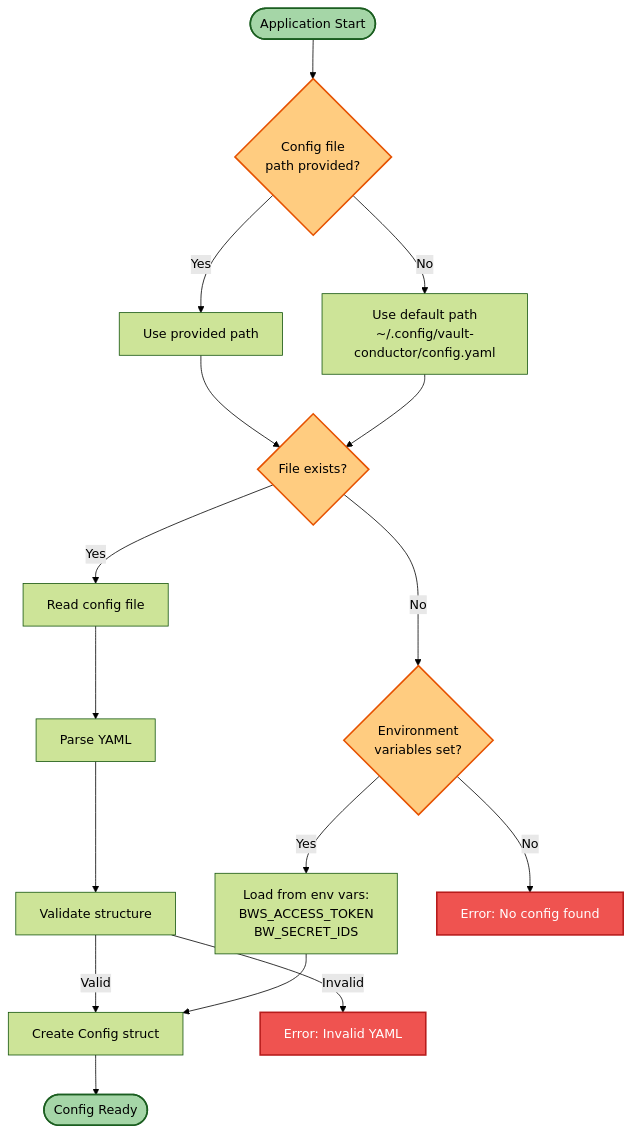
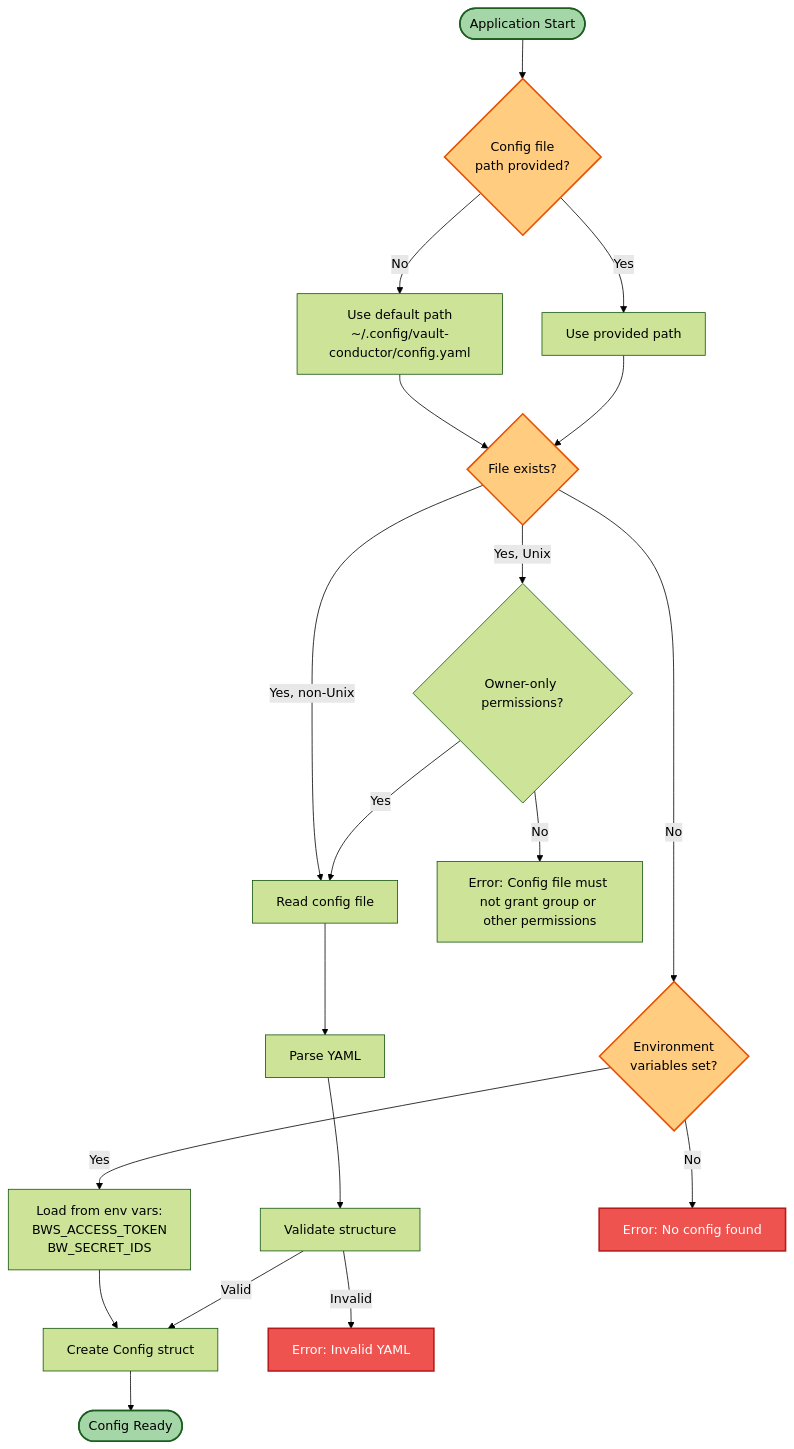
One commit to pirafrank/vault-conductor changed the diagram in docs/CONFIG_LOAD.md. Above: the diagram before and after it, drawn with Mermaid (forest theme). The commit also changed 6 other files, not shown here.

````diff
--- a/docs/CONFIG_LOAD.md
+++ b/docs/CONFIG_LOAD.md
@@ -5,36 +5,39 @@
 ```mermaid
 flowchart TD
     Start([Application Start])
 
     Start --> CheckConfigPath{Config file<br/>path provided?}
 
     CheckConfigPath -->|Yes| UseProvided[Use provided path]
     CheckConfigPath -->|No| UseDefault[Use default path<br/>~/.config/vault-conductor/config.yaml]
 
     UseProvided --> FileExists{File exists?}
     UseDefault --> FileExists
 
-    FileExists -->|Yes| ReadFile[Read config file]
+    FileExists -->|Yes, Unix| CheckPermissions{Owner-only permissions?}
+    CheckPermissions -->|Yes| ReadFile[Read config file]
+    CheckPermissions -->|No| Error3[Error: Config file must not grant group or other permissions]
+    FileExists -->|Yes, non-Unix| ReadFile
     FileExists -->|No| CheckEnv{Environment<br/>variables set?}
 
     ReadFile --> ParseYAML[Parse YAML]
     ParseYAML --> Validate[Validate structure]
 
     CheckEnv -->|Yes| LoadEnv[Load from env vars:<br/>BWS_ACCESS_TOKEN<br/>BW_SECRET_IDS]
     CheckEnv -->|No| Error1[Error: No config found]
 
     Validate -->|Valid| CreateConfig[Create Config struct]
     Validate -->|Invalid| Error2[Error: Invalid YAML]
 
     LoadEnv --> CreateConfig
 
     CreateConfig --> ConfigReady([Config Ready])
 
     style Start fill:#a5d6a7,stroke:#1b5e20,stroke-width:2px,color:#000
     style ConfigReady fill:#a5d6a7,stroke:#1b5e20,stroke-width:2px,color:#000
     style Error1 fill:#ef5350,stroke:#b71c1c,stroke-width:2px,color:#fff
     style Error2 fill:#ef5350,stroke:#b71c1c,stroke-width:2px,color:#fff
     style CheckConfigPath fill:#ffcc80,stroke:#e65100,stroke-width:2px,color:#000
     style FileExists fill:#ffcc80,stroke:#e65100,stroke-width:2px,color:#000
     style CheckEnv fill:#ffcc80,stroke:#e65100,stroke-width:2px,color:#000
 ```
````
